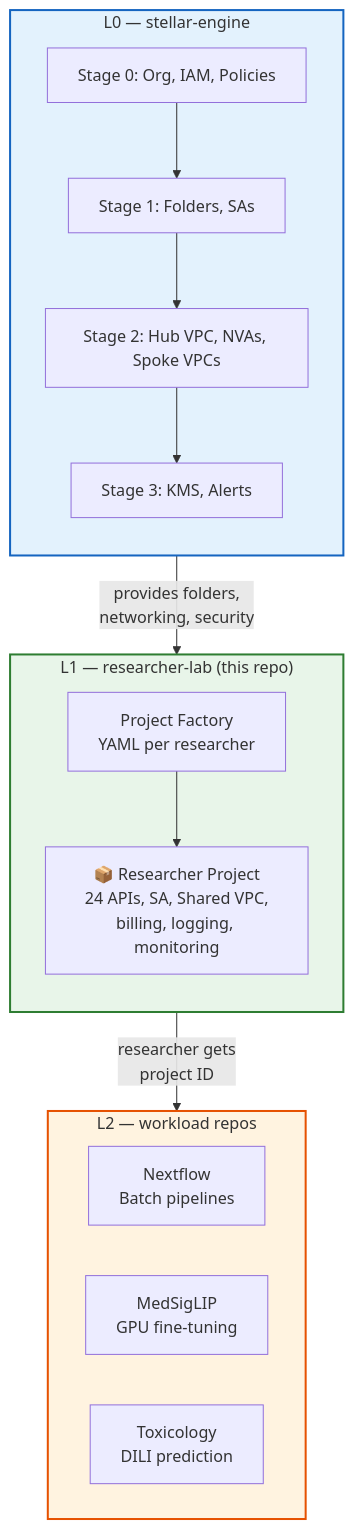
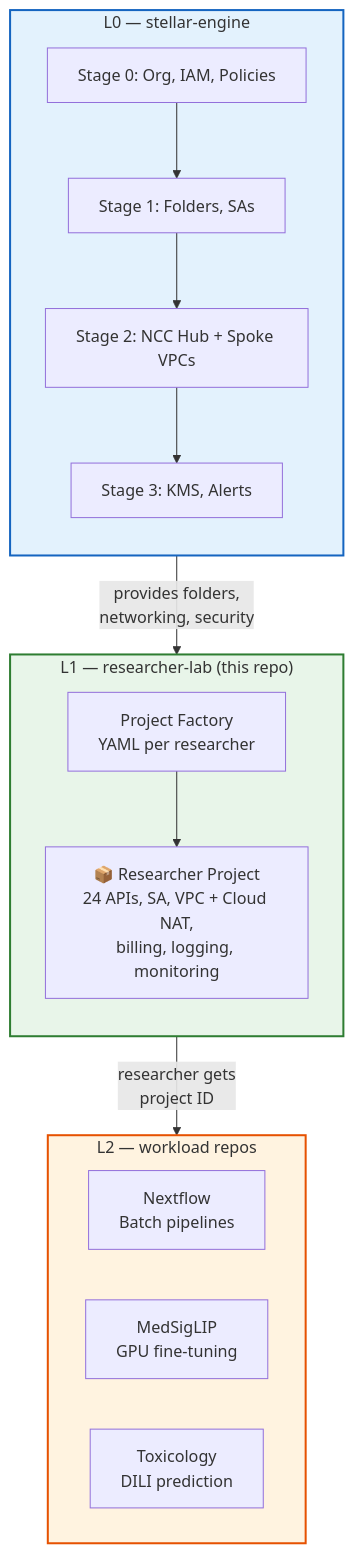
One commit to WandLZhang/fast-science-1-researcher-lab changed the first of 2 diagrams in README.md. Above: the diagram before and after it, drawn with Mermaid. The commit also changed other lines of this file and 171 other files, not shown here.

````diff
--- a/README.md
+++ b/README.md
@@ -7,31 +7,31 @@
 ```mermaid
 graph TB
     subgraph L0["L0 — stellar-engine"]
         direction TB
         S0["Stage 0: Org, IAM, Policies"]
         S1["Stage 1: Folders, SAs"]
-        S2["Stage 2: Hub VPC, NVAs, Spoke VPCs"]
+        S2["Stage 2: NCC Hub + Spoke VPCs"]
         S3["Stage 3: KMS, Alerts"]
         S0 --> S1 --> S2 --> S3
     end
 
     subgraph L1["L1 — researcher-lab (this repo)"]
         direction TB
         PF["Project Factory<br/>YAML per researcher"]
-        PF --> PROJ["📦 Researcher Project<br/>24 APIs, SA, Shared VPC,<br/>billing, logging, monitoring"]
+        PF --> PROJ["📦 Researcher Project<br/>24 APIs, SA, VPC + Cloud NAT,<br/>billing, logging, monitoring"]
     end
 
     subgraph L2["L2 — workload repos"]
         direction LR
         W1["Nextflow<br/>Batch pipelines"]
         W2["MedSigLIP<br/>GPU fine-tuning"]
         W3["Toxicology<br/>DILI prediction"]
     end
 
     S3 -->|"provides folders,<br/>networking, security"| L1
     PROJ -->|"researcher gets<br/>project ID"| L2
 
     style L0 fill:#e3f2fd,stroke:#1565c0,stroke-width:2px
     style L1 fill:#e8f5e9,stroke:#2e7d32,stroke-width:2px
     style L2 fill:#fff3e0,stroke:#e65100,stroke-width:2px
 ```
````
